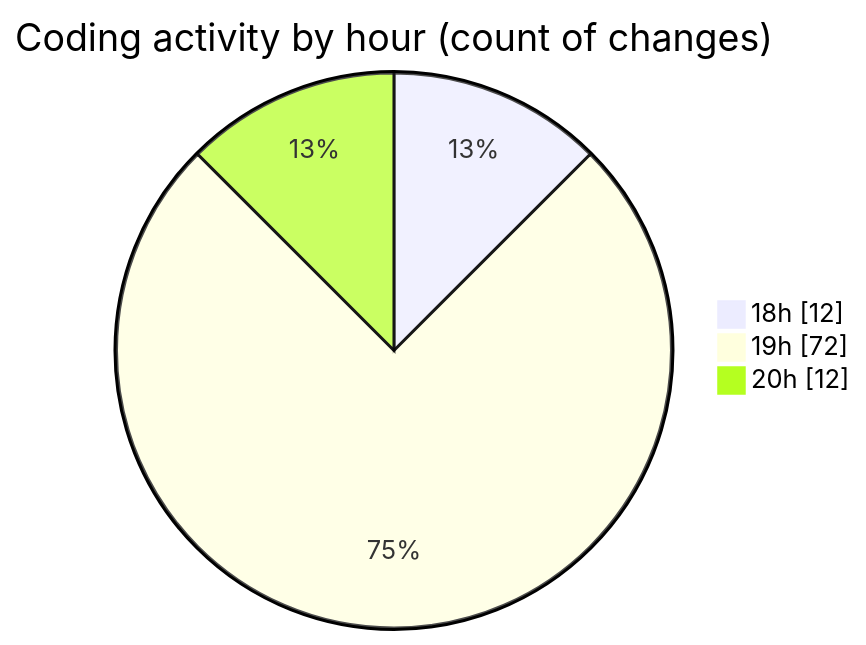
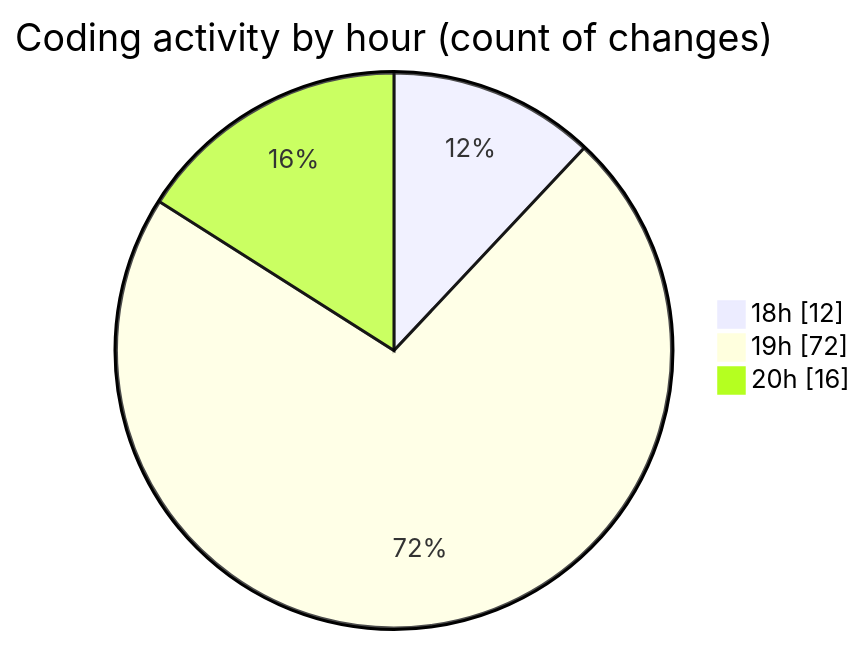
The second of 2 diagrams in 2025-03-14/myws__workspace_/README.md (MatusMokan/code-tracking), drawn with Mermaid before and after one commit. The commit also changed other lines of this file and 1 other file, not shown here.

````diff
--- a/2025-03-14/myws__workspace_/README.md
+++ b/2025-03-14/myws__workspace_/README.md
@@ -30,7 +30,7 @@
 ```mermaid
 pie showData
 title Coding activity by hour (count of changes)
 "18h" : 12
 "19h" : 72
-"20h" : 12
+"20h" : 16
 ```
````
